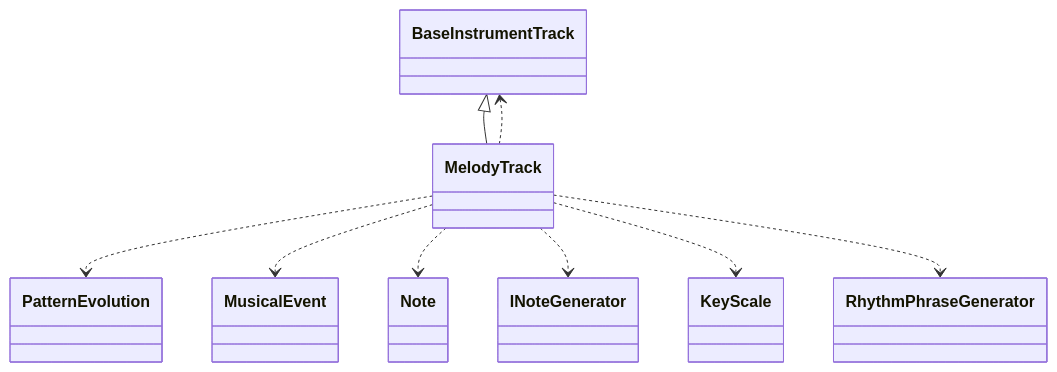
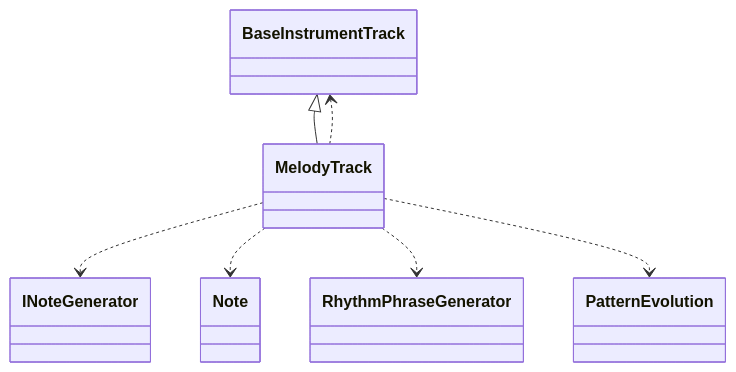
Before and after one commit to schnock-art/project_inspector: the fifth of 39 diagrams in test/test.md, drawn with Mermaid. The commit also changed other lines of this file and 3 other files, not shown here.

````diff
--- a/test/test.md
+++ b/test/test.md
@@ -218,11 +202,9 @@
 ```mermaid
 classDiagram
 BaseInstrumentTrack <|-- MelodyTrack
+MelodyTrack ..> BaseInstrumentTrack
+MelodyTrack ..> INoteGenerator
+MelodyTrack ..> Note
+MelodyTrack ..> RhythmPhraseGenerator
 MelodyTrack ..> PatternEvolution
-MelodyTrack ..> MusicalEvent
-MelodyTrack ..> Note
-MelodyTrack ..> INoteGenerator
-MelodyTrack ..> BaseInstrumentTrack
-MelodyTrack ..> KeyScale
-MelodyTrack ..> RhythmPhraseGenerator
 ```
````
